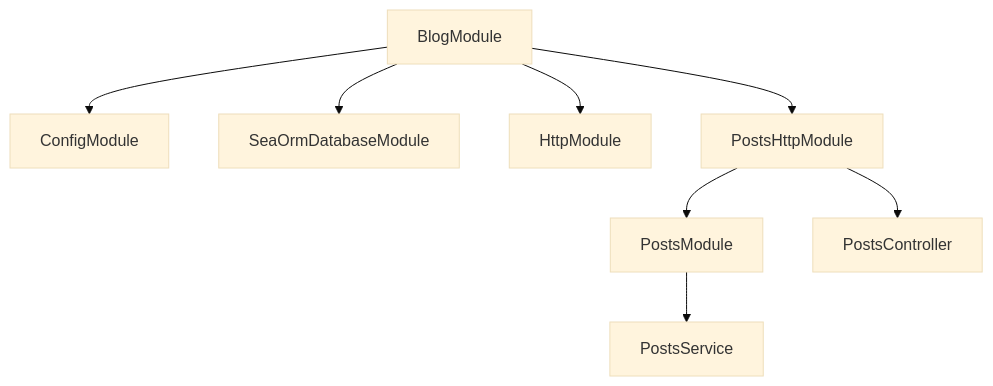
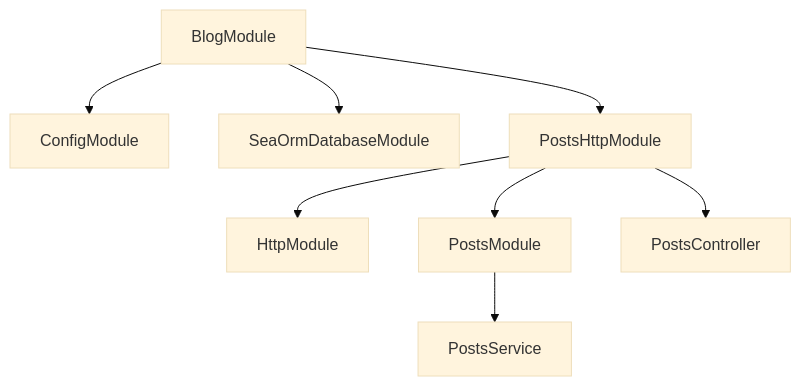
One commit to YV17labs/NestRS changed the third of 4 diagrams in docs/src/content/docs/fundamentals/modules.mdx. Above: the diagram before and after it, drawn with Mermaid (base theme). The commit also changed other lines of this file and 41 other files, not shown here.

````diff
--- a/docs/src/content/docs/fundamentals/modules.mdx
+++ b/docs/src/content/docs/fundamentals/modules.mdx
@@ -233,11 +246,11 @@
 ```mermaid
 flowchart TB
   BM[BlogModule]
   BM --> CM[ConfigModule]
   BM --> DM[SeaOrmDatabaseModule]
-  BM --> HM[HttpModule]
   BM --> PHM[PostsHttpModule]
+  PHM --> HM[HttpModule]
   PHM --> PM[PostsModule]
   PM --> PS[PostsService]
   PHM --> PC[PostsController]
 ```
````
